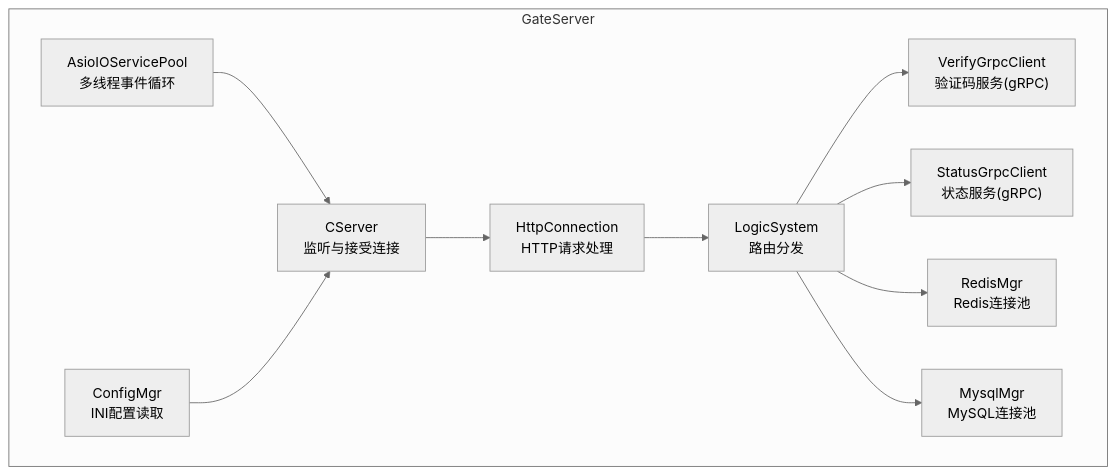
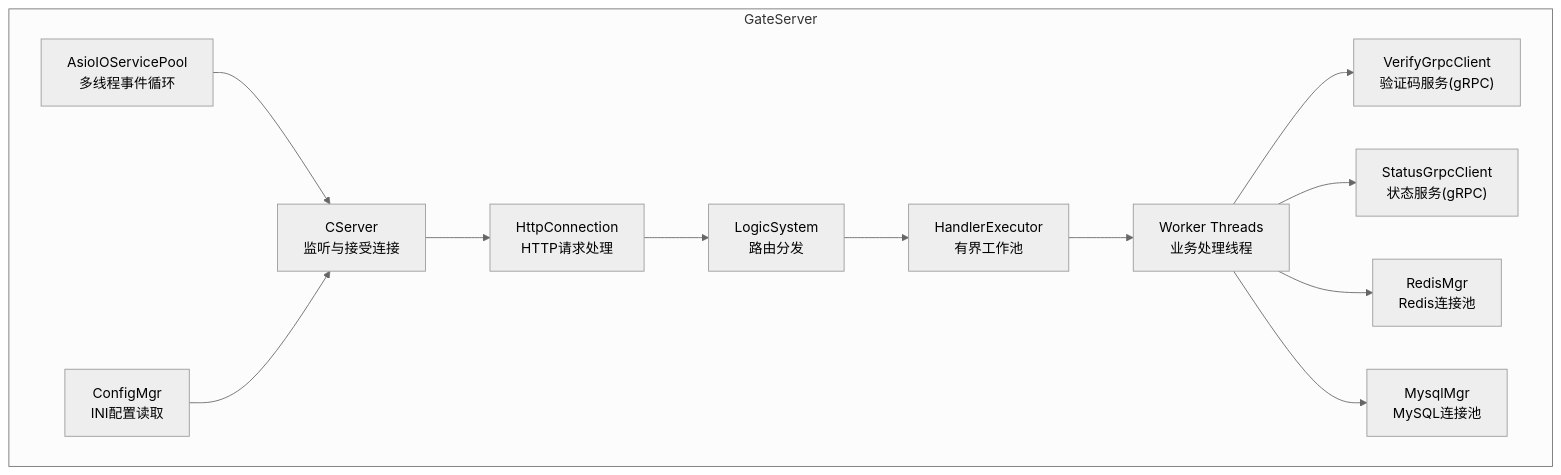
One commit to echo9923/mychatter changed the first of 7 diagrams in .qoder/repowiki/zh/content/服务端开发/GateServer HTTP网关服务.md. Above: the diagram before and after it, drawn with Mermaid (neutral theme). The commit also changed other lines of this file and 54 other files, not shown here.

````diff
--- a/.qoder/repowiki/zh/content/服务端开发/GateServer HTTP网关服务.md
+++ b/.qoder/repowiki/zh/content/服务端开发/GateServer HTTP网关服务.md
@@ -42,13 +53,15 @@
 ```mermaid
 graph TB
 subgraph "GateServer"
 A["CServer<br/>监听与接受连接"] --> B["HttpConnection<br/>HTTP请求处理"]
 B --> C["LogicSystem<br/>路由分发"]
-C --> D["VerifyGrpcClient<br/>验证码服务(gRPC)"]
-C --> E["StatusGrpcClient<br/>状态服务(gRPC)"]
-C --> F["RedisMgr<br/>Redis连接池"]
-C --> G["MysqlMgr<br/>MySQL连接池"]
-H["AsioIOServicePool<br/>多线程事件循环"] --> A
-I["ConfigMgr<br/>INI配置读取"] --> A
+C --> D["HandlerExecutor<br/>有界工作池"]
+D --> E["Worker Threads<br/>业务处理线程"]
+E --> F["VerifyGrpcClient<br/>验证码服务(gRPC)"]
+E --> G["StatusGrpcClient<br/>状态服务(gRPC)"]
+E --> H["RedisMgr<br/>Redis连接池"]
+E --> I["MysqlMgr<br/>MySQL连接池"]
+J["AsioIOServicePool<br/>多线程事件循环"] --> A
+K["ConfigMgr<br/>INI配置读取"] --> A
 end
 ```
````
